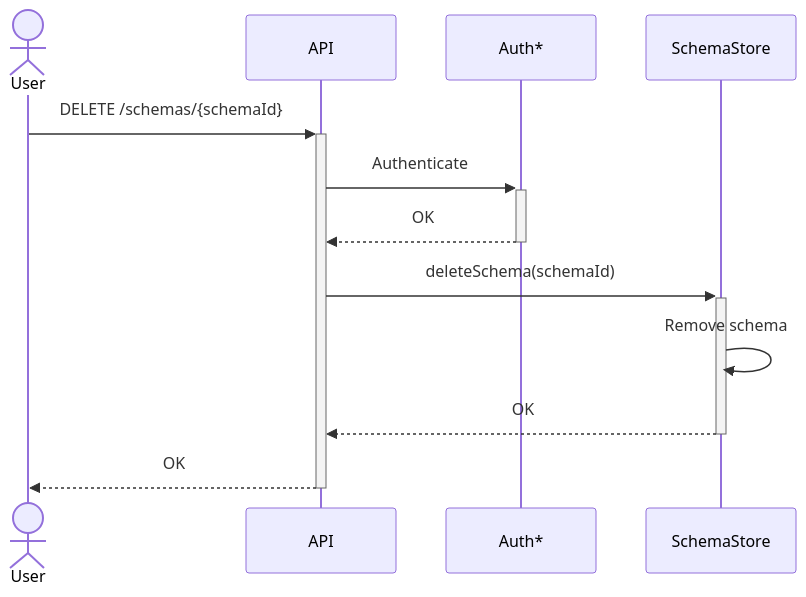
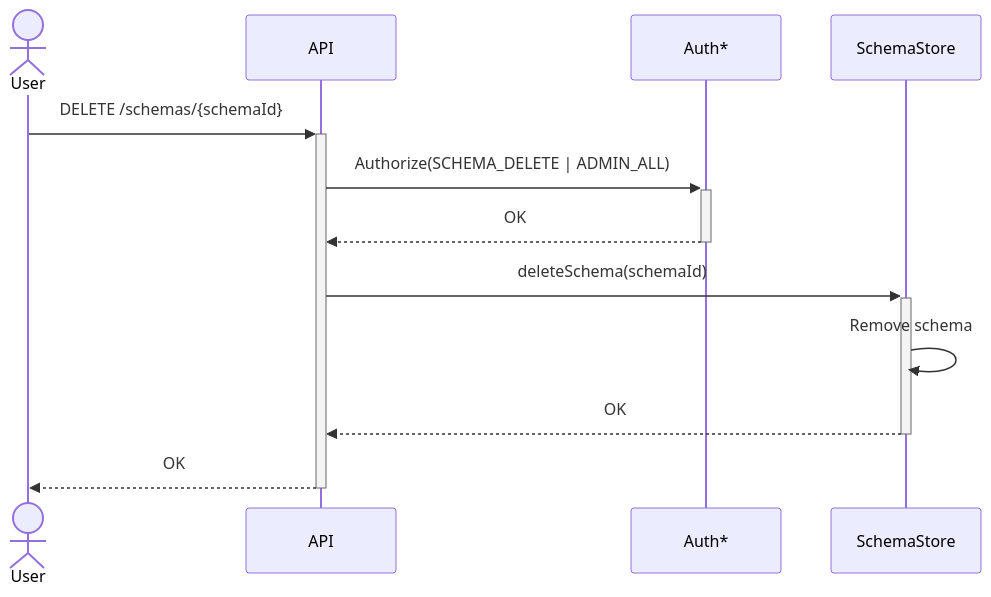
Diagram 26 of 34 in federated-catalogue/src/docs/architecture/chapters/06_runtime_view.adoc (federated-catalogue-enhancements-2026/docs), drawn with Mermaid before and after one commit. The commit also changed other lines of this file and 2 other files, not shown here.

```diff
--- a/federated-catalogue/src/docs/architecture/chapters/06_runtime_view.adoc
+++ b/federated-catalogue/src/docs/architecture/chapters/06_runtime_view.adoc
@@ -806,15 +830,15 @@
 [mermaid, width=2000]
 ....
 sequenceDiagram
     actor User
     participant API
     participant Auth as Auth*
     participant SchemaStore as SchemaStore
     User ->> + API:DELETE /schemas/{schemaId}
-    API ->> + Auth:Authenticate
+    API ->> + Auth:Authorize(SCHEMA_DELETE | ADMIN_ALL)
     Auth -->> - API:OK
     API ->> + SchemaStore:deleteSchema(schemaId)
     SchemaStore ->> SchemaStore:Remove schema
     SchemaStore -->> - API:OK
     API -->> - User:OK
 ....
```
